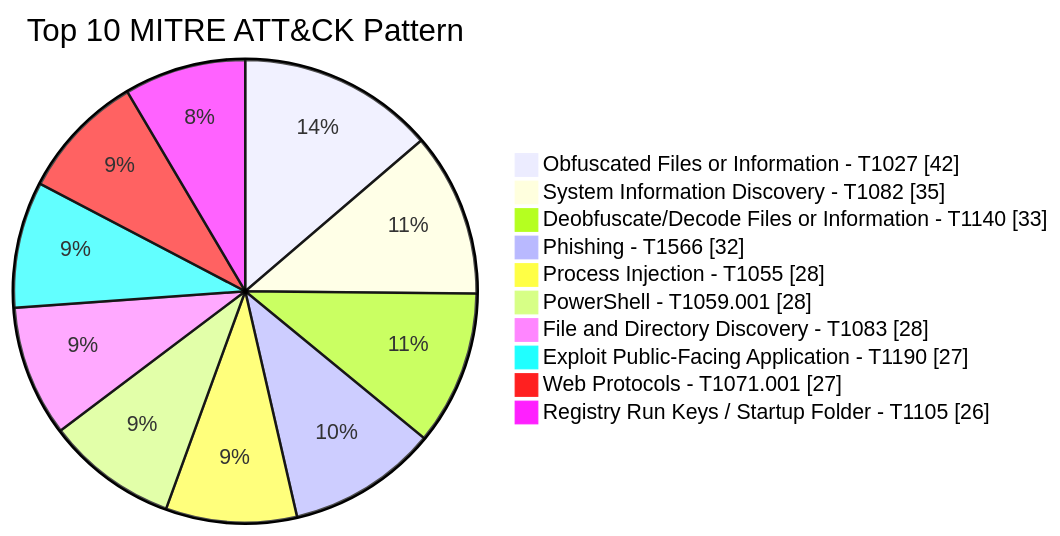
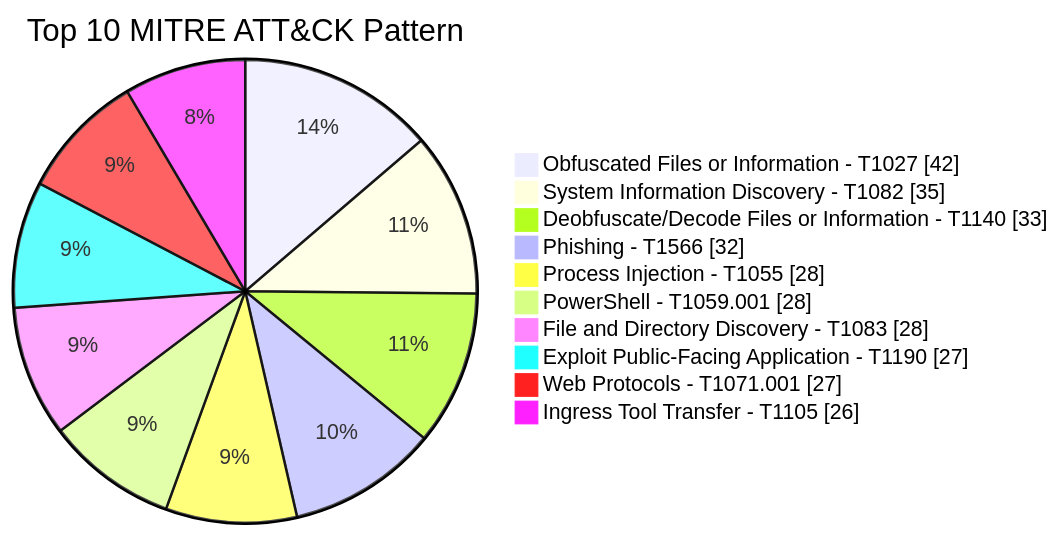
One commit to rectifyq/site changed the first of 2 diagrams in content/my-threat-landscape/TTPs.md. Above: the diagram before and after it, drawn with Mermaid. The commit also changed other lines of this file and 38 other files, not shown here.

````diff
--- a/content/my-threat-landscape/TTPs.md
+++ b/content/my-threat-landscape/TTPs.md
@@ -15,14 +13,14 @@
 ```mermaid
     pie showData
     title Top 10 MITRE ATT&CK Pattern
     "Obfuscated Files or Information - T1027":	42
     "System Information Discovery - T1082":	35
     "Deobfuscate/Decode Files or Information - T1140":	33
     "Phishing - T1566":	32
     "Process Injection - T1055":	28
     "PowerShell - T1059.001":	28
     "File and Directory Discovery - T1083":	28
     "Exploit Public-Facing Application - T1190":	27
     "Web Protocols - T1071.001":	27
-    "Registry Run Keys / Startup Folder - T1105":	26
+    "Ingress Tool Transfer - T1105":	26
 ```
````
